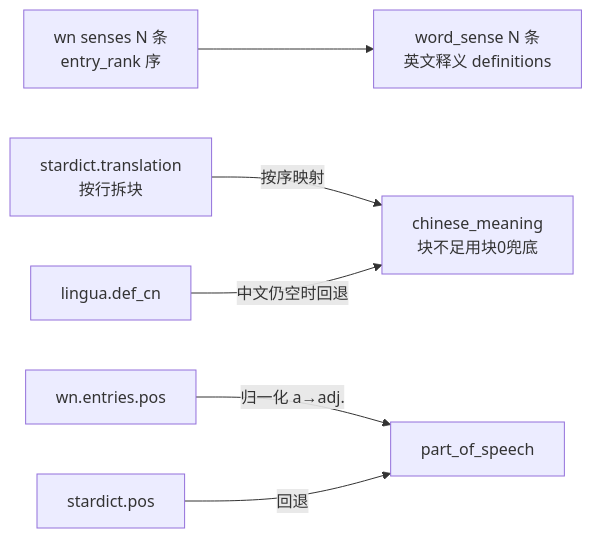
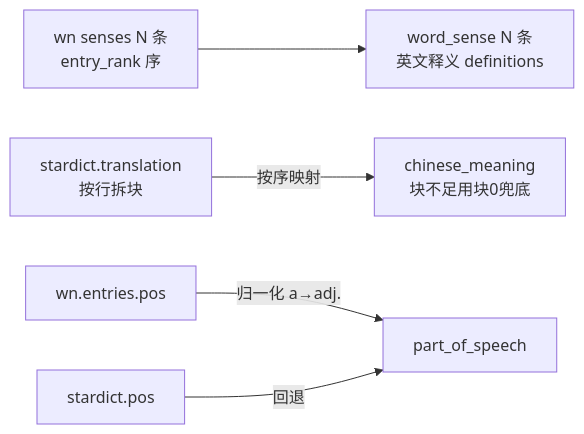
One commit to kindywu/contexta changed the second of 2 diagrams in impl/app/flutter/docs/import_stardict_words.md. Above: the diagram before and after it, drawn with Mermaid. The commit also changed other lines of this file and 2 other files, not shown here.

````diff
--- a/impl/app/flutter/docs/import_stardict_words.md
+++ b/impl/app/flutter/docs/import_stardict_words.md
@@ -61,8 +61,7 @@
 ```mermaid
 flowchart LR
     A[wn senses N 条<br/>entry_rank 序] --> B[word_sense N 条<br/>英文释义 definitions]
     C[stardict.translation<br/>按行拆块] -->|按序映射| D[chinese_meaning<br/>块不足用块0兜底]
-    E[lingua.def_cn] -->|中文仍空时回退| D
     F[wn.entries.pos] -->|归一化 a→adj.| G[part_of_speech]
     H[stardict.pos] -->|回退| G
 ```
````
